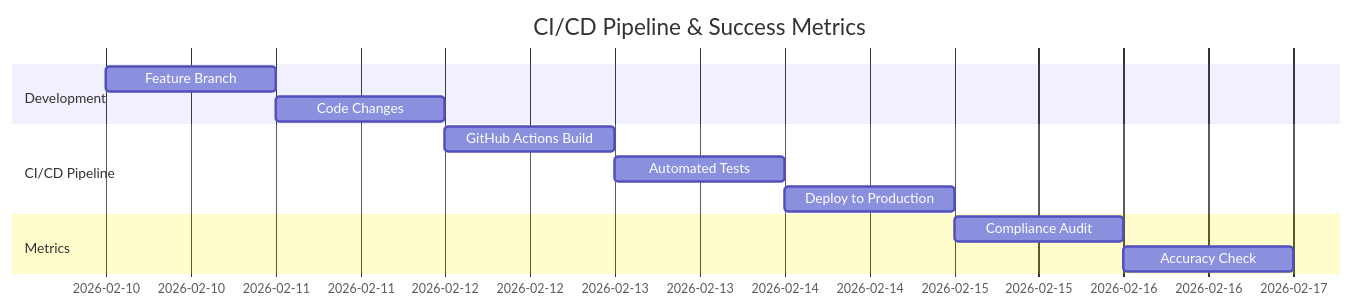
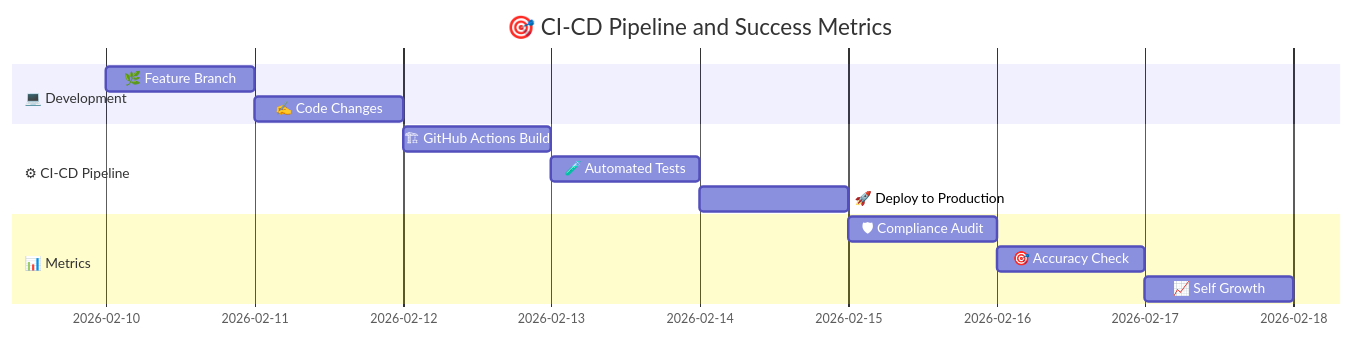
Before and after one commit to rifaterdemsahin/fal.ai: the diagram in 3_Simulation/2026-02-15/output/diagram_MM_09_scene_9_-_success_metrics_cicd.md, drawn with Mermaid. The commit also changed other lines of this file and 22 other files, not shown here.

Commit message:
diagram with images

````diff
--- a/3_Simulation/2026-02-15/output/diagram_MM_09_scene_9_-_success_metrics_cicd.md
+++ b/3_Simulation/2026-02-15/output/diagram_MM_09_scene_9_-_success_metrics_cicd.md
@@ -6,17 +7,18 @@
 ```mermaid
 gantt
-    title CI/CD Pipeline & Success Metrics
+    title 🎯 CI-CD Pipeline and Success Metrics
     dateFormat YYYY-MM-DD
-    section Development
-    Feature Branch           :a1, 2026-02-10, 1d
-    Code Changes             :a2, after a1, 1d
+    section 💻 Development
+    🌿 Feature Branch        :a1, 2026-02-10, 1d
+    ✍ Code Changes            :a2, after a1, 1d
 
-    section CI/CD Pipeline
-    GitHub Actions Build     :a3, after a2, 1d
-    Automated Tests          :a4, after a3, 1d
-    Deploy to Production     :a5, after a4, 1d
+    section ⚙ CI-CD Pipeline
+    🏗 GitHub Actions Build  :a3, after a2, 1d
+    🧪 Automated Tests       :a4, after a3, 1d
+    🚀 Deploy to Production  :a5, after a4, 1d
 
-    section Metrics
-    Compliance Audit         :a6, after a5, 1d
-    Accuracy Check           :a7, after a6, 1d
+    section 📊 Metrics
+    🛡 Compliance Audit     :a6, after a5, 1d
+    🎯 Accuracy Check       :a7, after a6, 1d
+    📈 Self Growth          :a8, after a7, 1d
 ```
````
